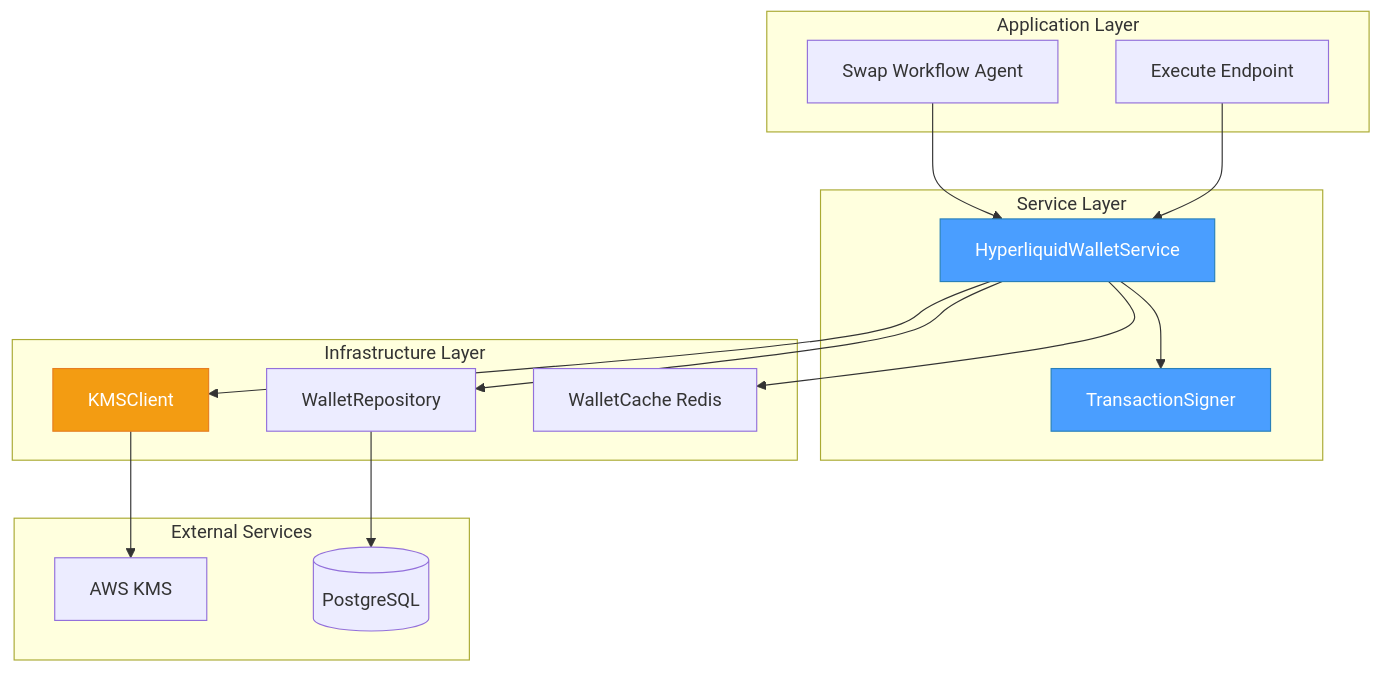
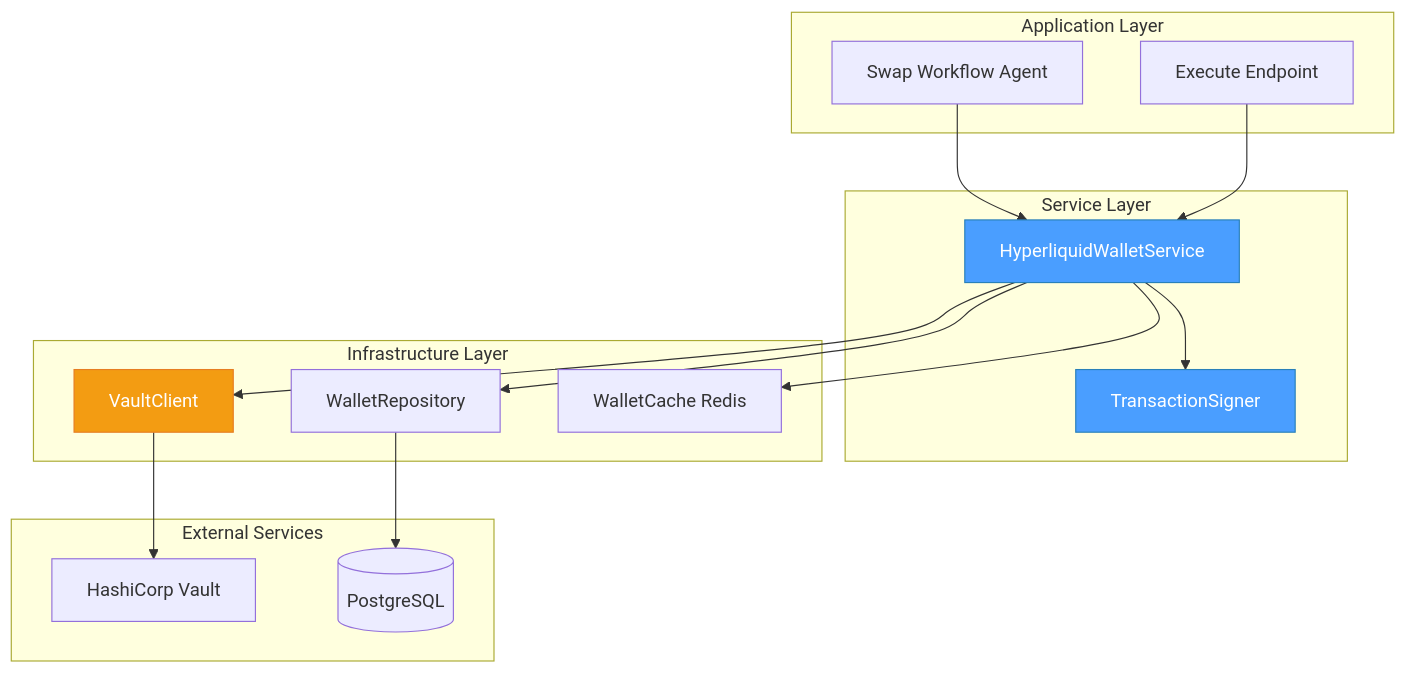
One commit to fabian416/anvil_backend changed the second of 5 diagrams in docs/ceo/agents/swap/backend/01_HYPERLIQUID_WALLET_MANAGEMENT_SPEC.md. Above: the diagram before and after it, drawn with Mermaid. The commit also changed other lines of this file and 3 other files, not shown here.

First line of the commit message:
docs: Update wallet spec to use HashiCorp Vault instead of AWS KMS

````diff
--- a/docs/ceo/agents/swap/backend/01_HYPERLIQUID_WALLET_MANAGEMENT_SPEC.md
+++ b/docs/ceo/agents/swap/backend/01_HYPERLIQUID_WALLET_MANAGEMENT_SPEC.md
@@ -49,36 +49,36 @@
 ```mermaid
 graph TB
     subgraph "Application Layer"
         A[Swap Workflow Agent]
         B[Execute Endpoint]
     end
 
     subgraph "Service Layer"
         C[HyperliquidWalletService]
         D[TransactionSigner]
     end
 
     subgraph "Infrastructure Layer"
         E[WalletRepository]
-        F[KMSClient]
+        F[VaultClient]
         G[WalletCache Redis]
     end
 
     subgraph "External Services"
-        H[AWS KMS]
+        H[HashiCorp Vault]
         I[(PostgreSQL)]
     end
 
     A --> C
     B --> C
     C --> D
     C --> E
     C --> F
     C --> G
     E --> I
     F --> H
 
     style C fill:#4a9eff,stroke:#2980b9,color:#fff
     style D fill:#4a9eff,stroke:#2980b9,color:#fff
     style F fill:#f39c12,stroke:#e67e22,color:#fff
 ```
````
